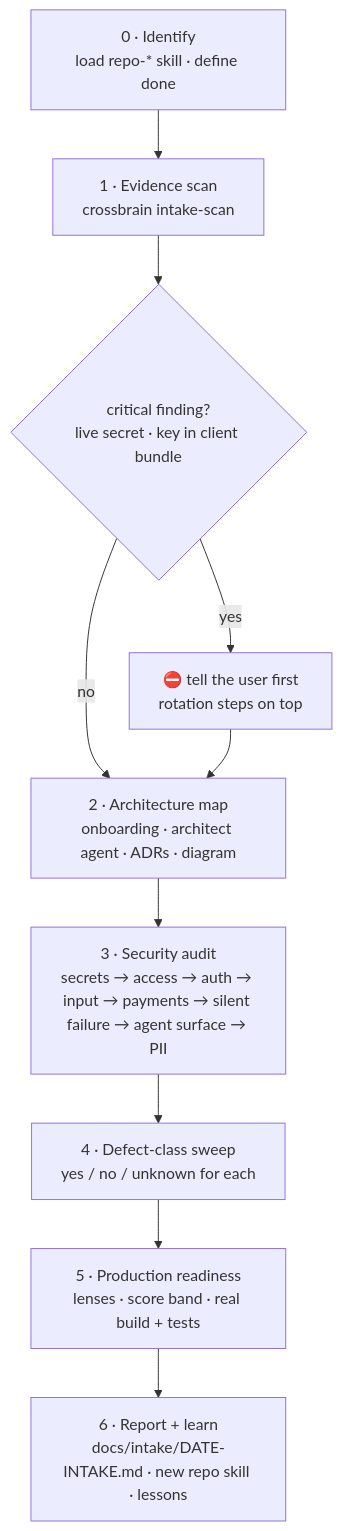
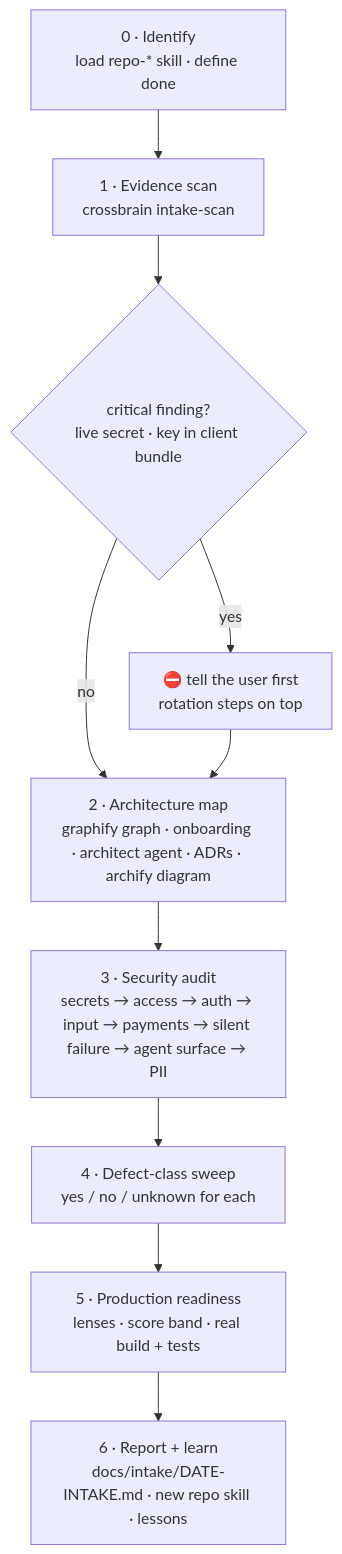
One commit to imodoiepale/crossbrain changed the sixth of 8 diagrams in README.md. Above: the diagram before and after it, drawn with Mermaid. The commit also changed other lines of this file and 204 other files, not shown here.

````diff
--- a/README.md
+++ b/README.md
@@ -275,12 +326,12 @@
 ```mermaid
 flowchart TD
   P0["0 · Identify<br/>load repo-* skill · define done"] --> P1["1 · Evidence scan<br/>crossbrain intake-scan"]
   P1 --> STOP{"critical finding?<br/>live secret · key in client bundle"}
   STOP -- yes --> U["⛔ tell the user first<br/>rotation steps on top"]
   STOP -- no --> P2
-  U --> P2["2 · Architecture map<br/>onboarding · architect agent · ADRs · diagram"]
+  U --> P2["2 · Architecture map<br/>graphify graph · onboarding · architect agent · ADRs · archify diagram"]
   P2 --> P3["3 · Security audit<br/>secrets → access → auth → input → payments → silent failure → agent surface → PII"]
   P3 --> P4["4 · Defect-class sweep<br/>yes / no / unknown for each"]
   P4 --> P5["5 · Production readiness<br/>lenses · score band · real build + tests"]
   P5 --> P6["6 · Report + learn<br/>docs/intake/DATE-INTAKE.md · new repo skill · lessons"]
 ```
````
